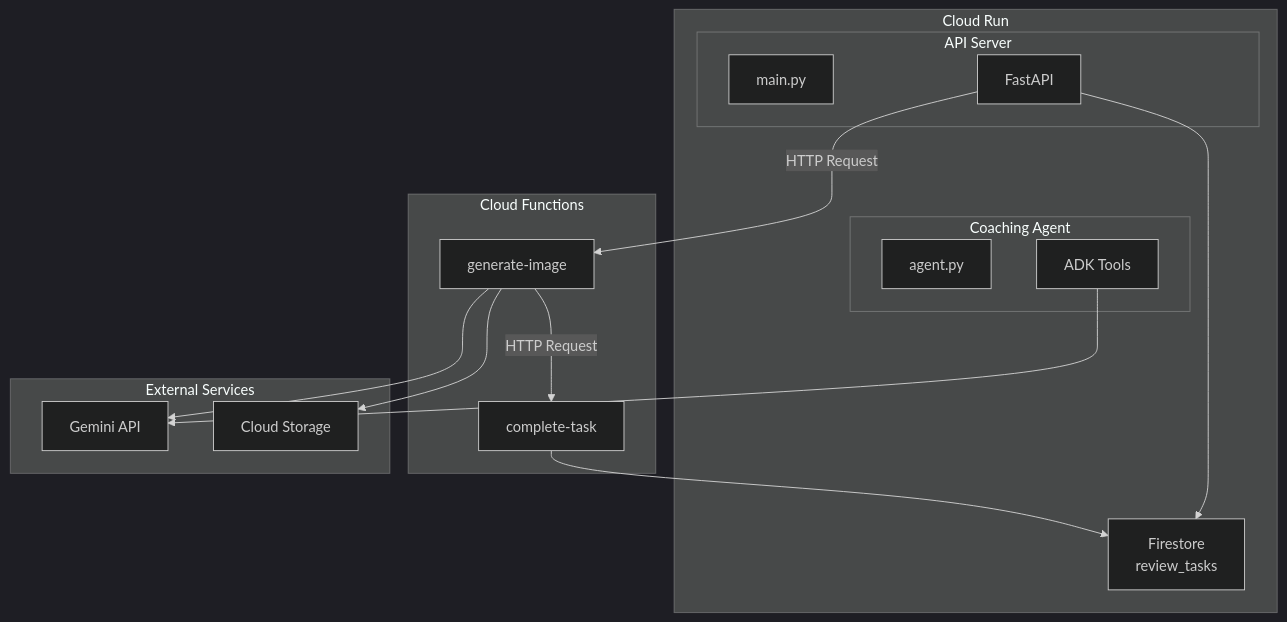
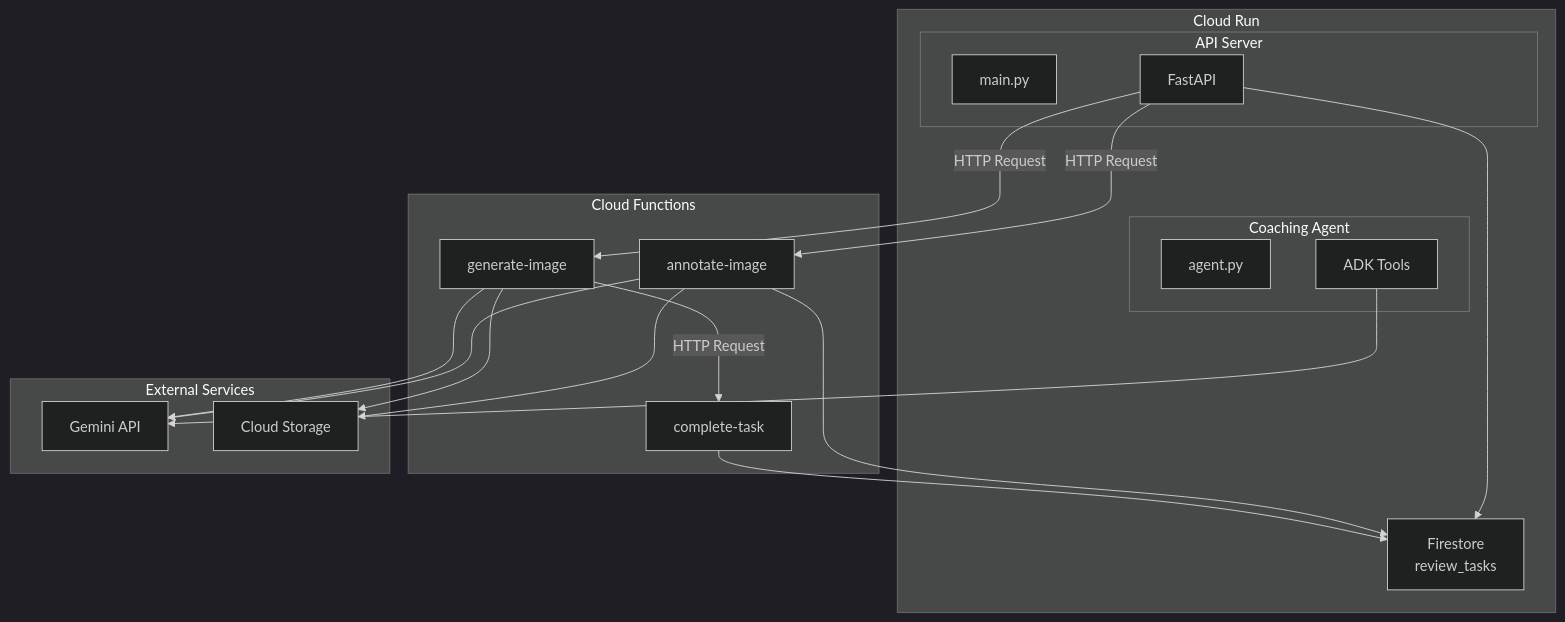
One commit to nuance-sudo/drawing-practice-agent-gch4 changed the second of 3 diagrams in docs/architecture.md. Above: the diagram before and after it, drawn with Mermaid (dark theme). The commit also changed other lines of this file and 11 other files, not shown here.

````diff
--- a/docs/architecture.md
+++ b/docs/architecture.md
@@ -180,32 +181,37 @@
 ```mermaid
 flowchart TB
     subgraph CloudRun["Cloud Run"]
         subgraph APIServer["API Server"]
             A[main.py]
             B[FastAPI]
         end
         subgraph Agent["Coaching Agent"]
             C[agent.py]
             D[ADK Tools]
         end
         E[Firestore<br/>review_tasks]
     end
     
     subgraph CloudFunctions["Cloud Functions"]
+        F0[annotate-image]
         F1[generate-image]
         F2[complete-task]
     end
 
     subgraph External["External Services"]
         G[Gemini API]
         H[Cloud Storage]
     end
     
     B --> E
     D --> G
+    B -->|HTTP Request| F0
+    F0 --> G
+    F0 --> H
+    F0 --> E
     B -->|HTTP Request| F1
     F1 --> G
     F1 --> H
     F1 -->|HTTP Request| F2
     F2 --> E
 ```
````
